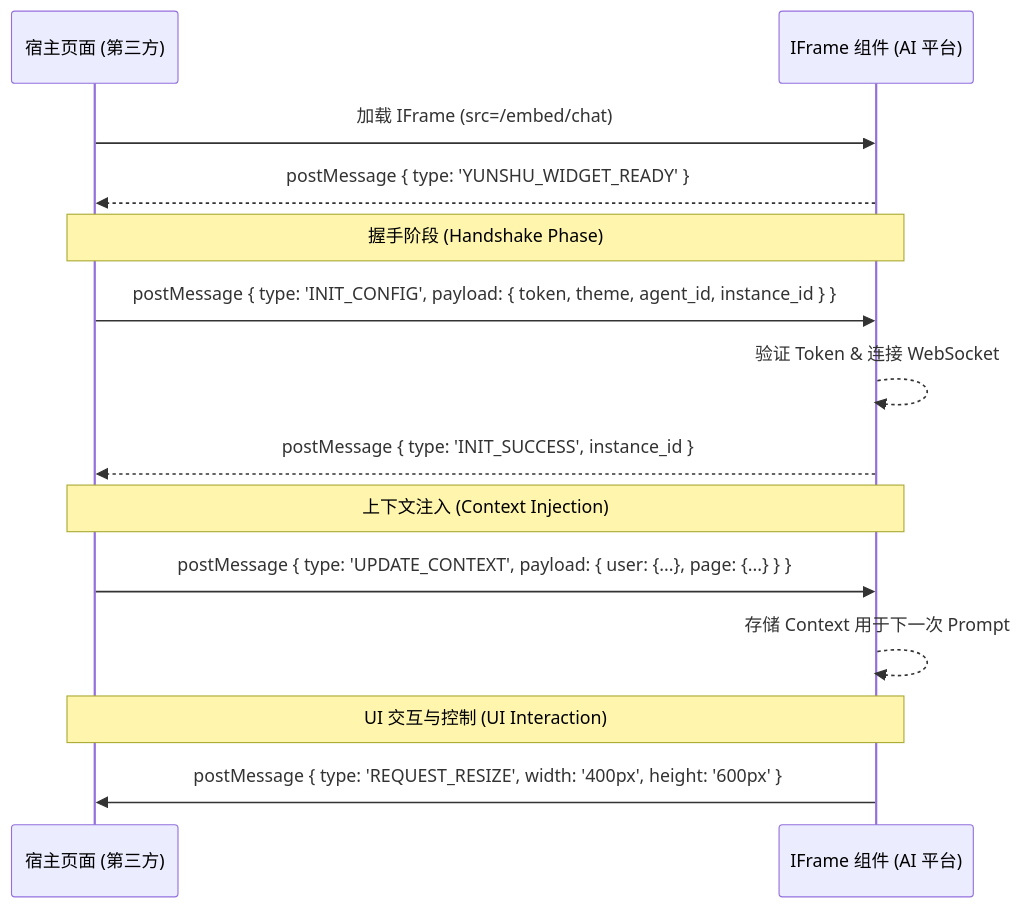
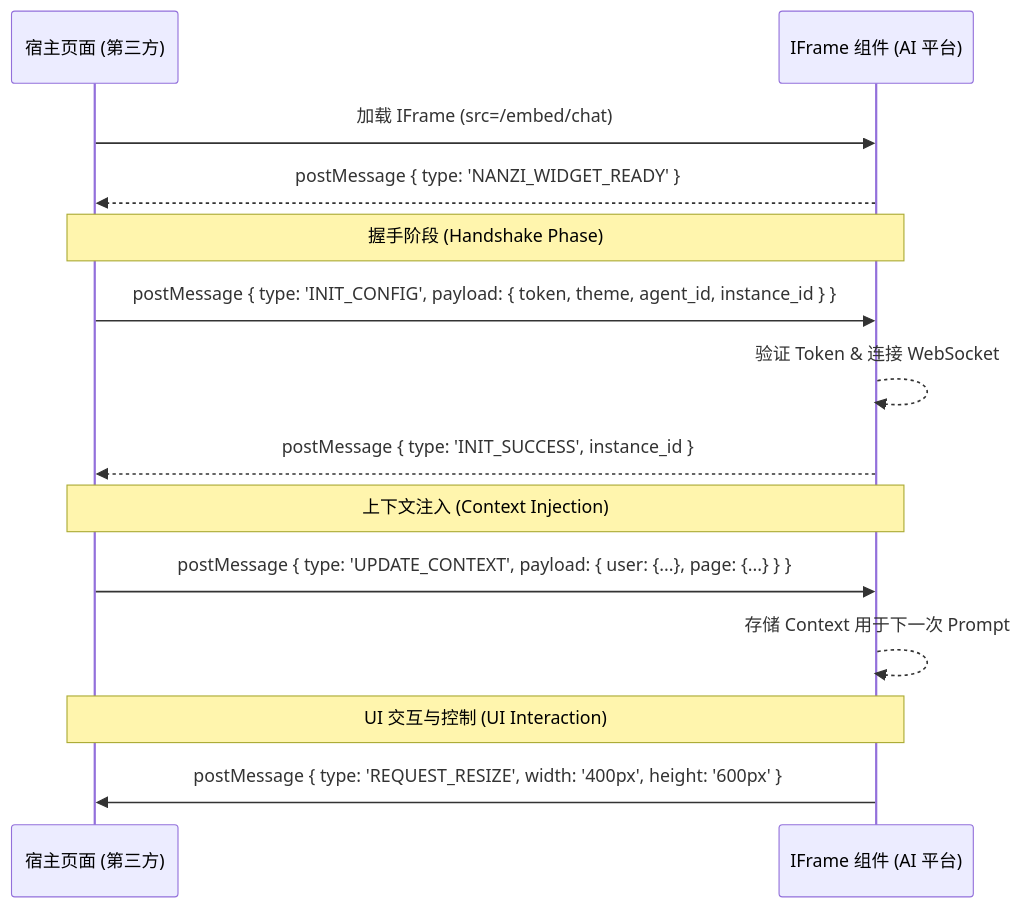
Before and after one commit to zhaoruifeng01/nanzi-ai-agent-platform: the diagram in openspec/changes/archive/embed-chat-widget-20260109/design.md, drawn with Mermaid. The commit also changed other lines of this file and 121 other files, not shown here.

````diff
--- a/openspec/changes/archive/embed-chat-widget-20260109/design.md
+++ b/openspec/changes/archive/embed-chat-widget-20260109/design.md
@@ -5,23 +5,23 @@
 ```mermaid
 sequenceDiagram
     participant Host as 宿主页面 (第三方)
     participant Widget as IFrame 组件 (AI 平台)
     
     Host->>Widget: 加载 IFrame (src=/embed/chat)
-    Widget-->>Host: postMessage { type: 'YUNSHU_WIDGET_READY' }
+    Widget-->>Host: postMessage { type: 'NANZI_WIDGET_READY' }
     
     Note over Host, Widget: 握手阶段 (Handshake Phase)
     
     Host->>Widget: postMessage { type: 'INIT_CONFIG', payload: { token, theme, agent_id, instance_id } }
     Widget-->>Widget: 验证 Token & 连接 WebSocket
     Widget-->>Host: postMessage { type: 'INIT_SUCCESS', instance_id }
     
     Note over Host, Widget: 上下文注入 (Context Injection)
     
     Host->>Widget: postMessage { type: 'UPDATE_CONTEXT', payload: { user: {...}, page: {...} } }
     Widget-->>Widget: 存储 Context 用于下一次 Prompt
     
     Note over Host, Widget: UI 交互与控制 (UI Interaction)
     
     Widget->>Host: postMessage { type: 'REQUEST_RESIZE', width: '400px', height: '600px' }
 ```
````
